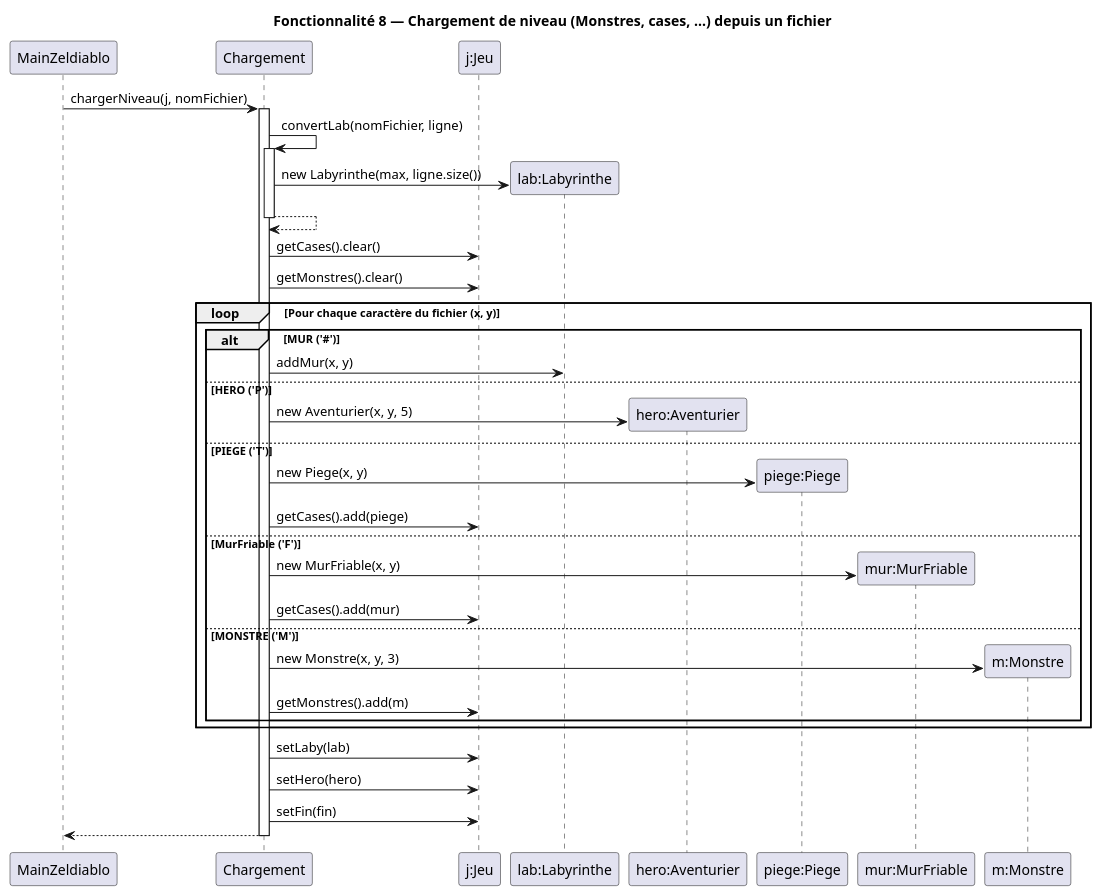
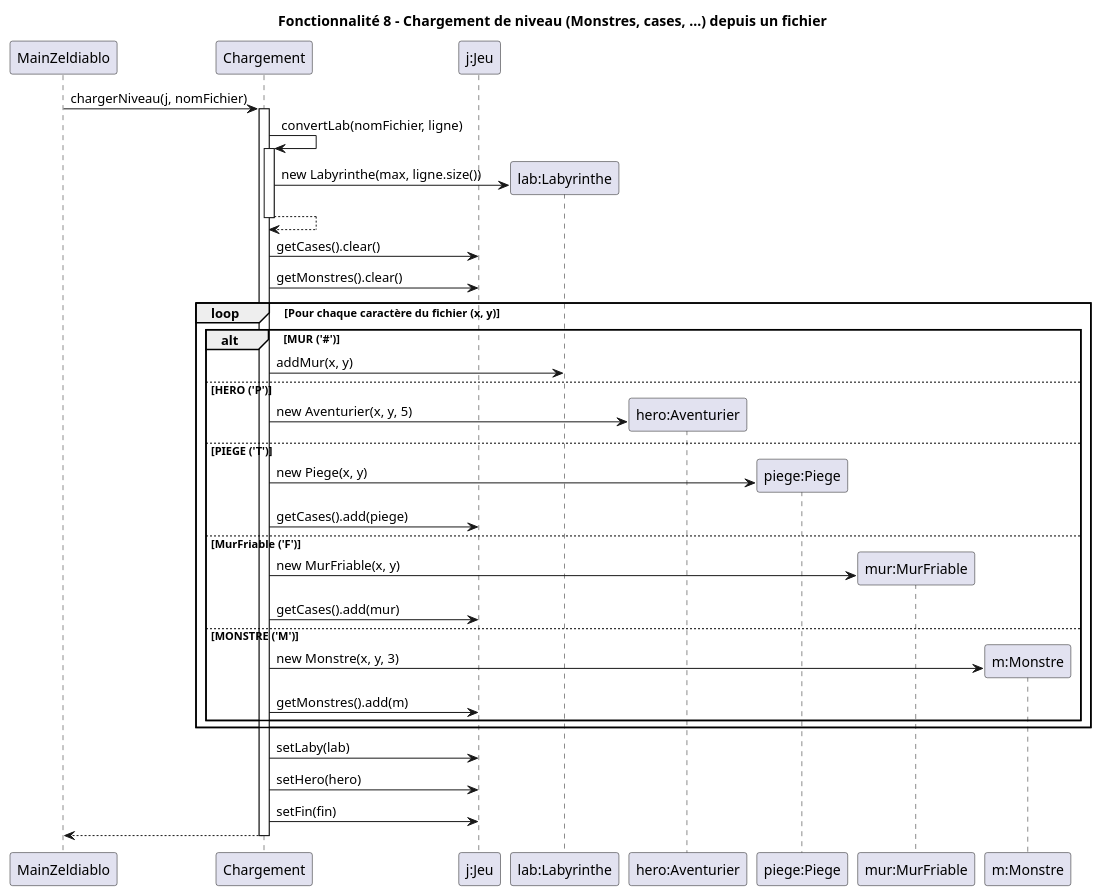
One commit to lucas-martinati-pro/SAE_S2.01_Zeldiablo-LucasM_JeanLM_PierreGSV changed the diagram in projet_zeldiablo/documents/version_2/Diagrammes Séquence/Fonctionnalité 8.puml. Above: the diagram before and after it, drawn with PlantUML. The commit also changed 4 other files, not shown here.

Commit message:
change title of Diagrams

```diff
--- a/projet_zeldiablo/documents/version_2/Diagrammes Séquence/Fonctionnalité 8.puml
+++ b/projet_zeldiablo/documents/version_2/Diagrammes Séquence/Fonctionnalité 8.puml
@@ -1,49 +1,49 @@
 @startuml
-title Fonctionnalité 8 — Chargement de niveau (Monstres, cases, ...) depuis un fichier
+title Fonctionnalité 8 - Chargement de niveau (Monstres, cases, ...) depuis un fichier
 
 participant "MainZeldiablo" as Main
 participant "Chargement" as Chargement
 participant "j:Jeu" as Jeu
 participant "lab:Labyrinthe" as Laby
 
 Main -> Chargement : chargerNiveau(j, nomFichier)
 activate Chargement
 
 Chargement -> Chargement : convertLab(nomFichier, ligne)
 activate Chargement
 create Laby
 Chargement -> Laby : new Labyrinthe(max, ligne.size())
 Chargement --> Chargement
 deactivate Chargement
 
 Chargement -> Jeu : getCases().clear()
 Chargement -> Jeu : getMonstres().clear()
 
 loop Pour chaque caractère du fichier (x, y)
     alt MUR ('#')
         Chargement -> Laby : addMur(x, y)
     else HERO ('P')
         create "hero:Aventurier" as Hero
         Chargement -> Hero : new Aventurier(x, y, 5)
     else PIEGE ('T')
         create "piege:Piege" as Piege
         Chargement -> Piege : new Piege(x, y)
         Chargement -> Jeu : getCases().add(piege)
     else MurFriable ('F')
         create "mur:MurFriable" as Mur
         Chargement -> Mur : new MurFriable(x, y)
         Chargement -> Jeu : getCases().add(mur)
     else MONSTRE ('M')
         create "m:Monstre" as Monstre
         Chargement -> Monstre : new Monstre(x, y, 3)
         Chargement -> Jeu : getMonstres().add(m)
     end
 end
 
 Chargement -> Jeu : setLaby(lab)
 Chargement -> Jeu : setHero(hero)
 Chargement -> Jeu : setFin(fin)
 
 Chargement --> Main
 deactivate Chargement
 @enduml
```
